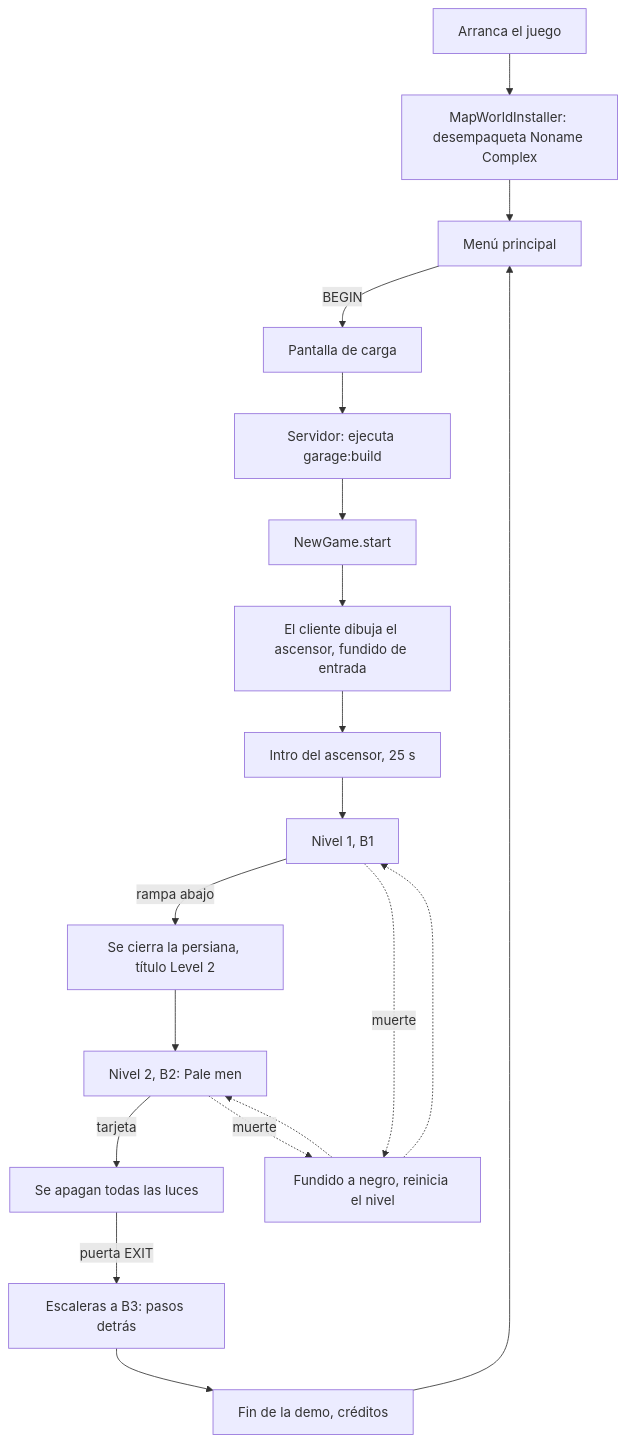
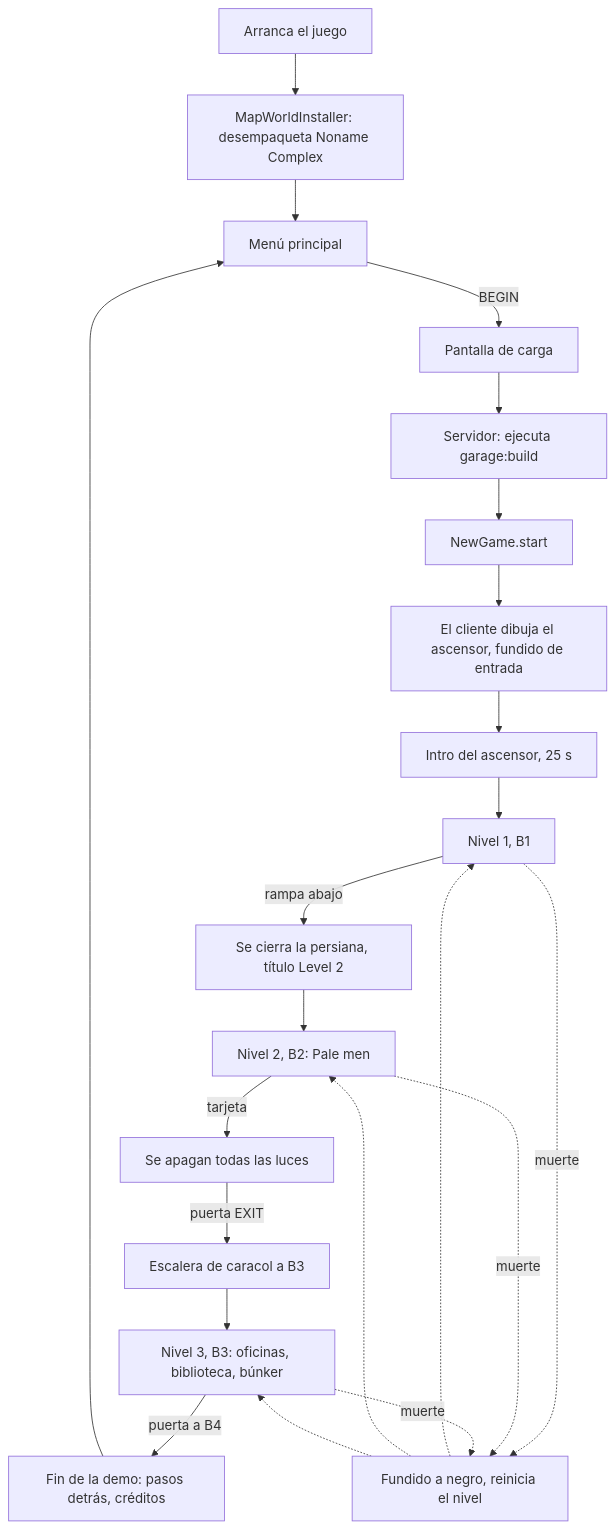
One commit to Daio7771/EveryTunnelMod changed the diagram in docs/es/game-flow.md. Above: the diagram before and after it, drawn with Mermaid. The commit also changed other lines of this file and 282 other files, not shown here.

````diff
--- a/docs/es/game-flow.md
+++ b/docs/es/game-flow.md
@@ -8,21 +8,24 @@
 ```mermaid
 flowchart TD
     A[Arranca el juego] --> B[MapWorldInstaller: desempaqueta Noname Complex]
     B --> C[Menú principal]
     C -->|BEGIN| D[Pantalla de carga]
     D --> E[Servidor: ejecuta garage:build]
     E --> F[NewGame.start]
     F --> G[El cliente dibuja el ascensor, fundido de entrada]
     G --> H[Intro del ascensor, 25 s]
     H --> I[Nivel 1, B1]
     I -->|rampa abajo| J[Se cierra la persiana, título Level 2]
     J --> K[Nivel 2, B2: Pale men]
     K -->|tarjeta| L[Se apagan todas las luces]
-    L -->|puerta EXIT| M[Escaleras a B3: pasos detrás]
-    M --> N[Fin de la demo, créditos]
+    L -->|puerta EXIT| M[Escalera de caracol a B3]
+    M --> P[Nivel 3, B3: oficinas, biblioteca, búnker]
+    P -->|puerta a B4| N[Fin de la demo: pasos detrás, créditos]
     N --> C
     I -.->|muerte| O[Fundido a negro, reinicia el nivel]
     K -.->|muerte| O
+    P -.->|muerte| O
     O -.-> I
     O -.-> K
+    O -.-> P
 ```
````
